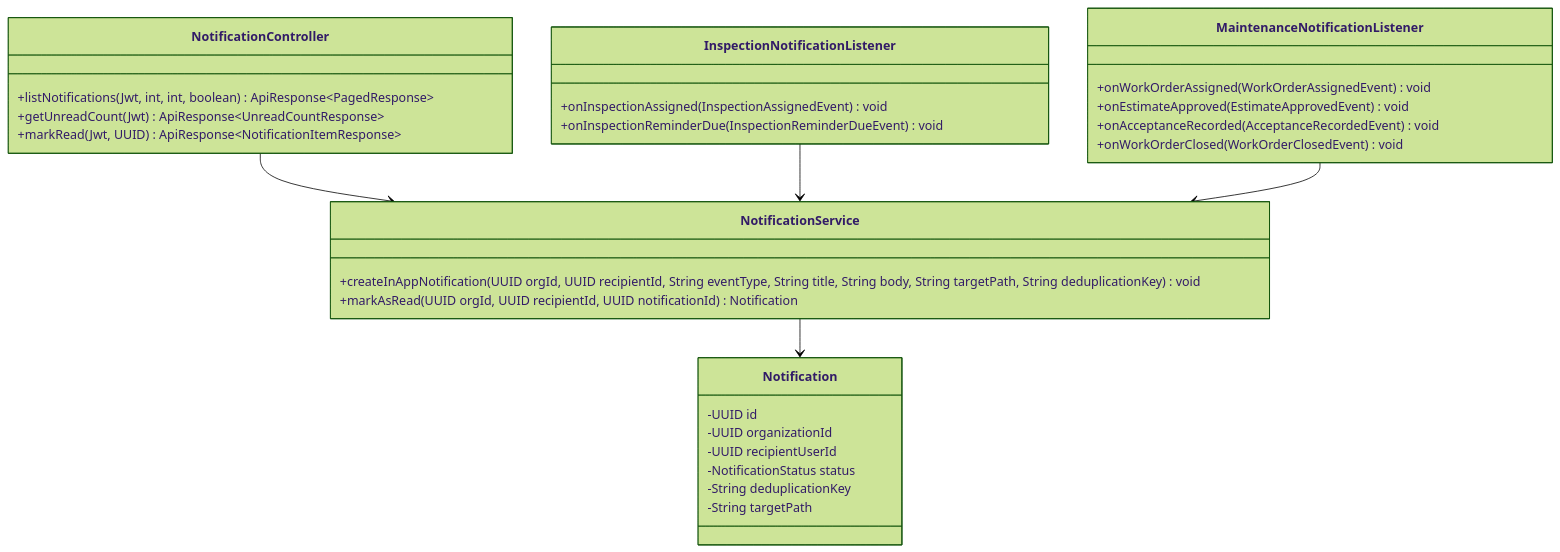
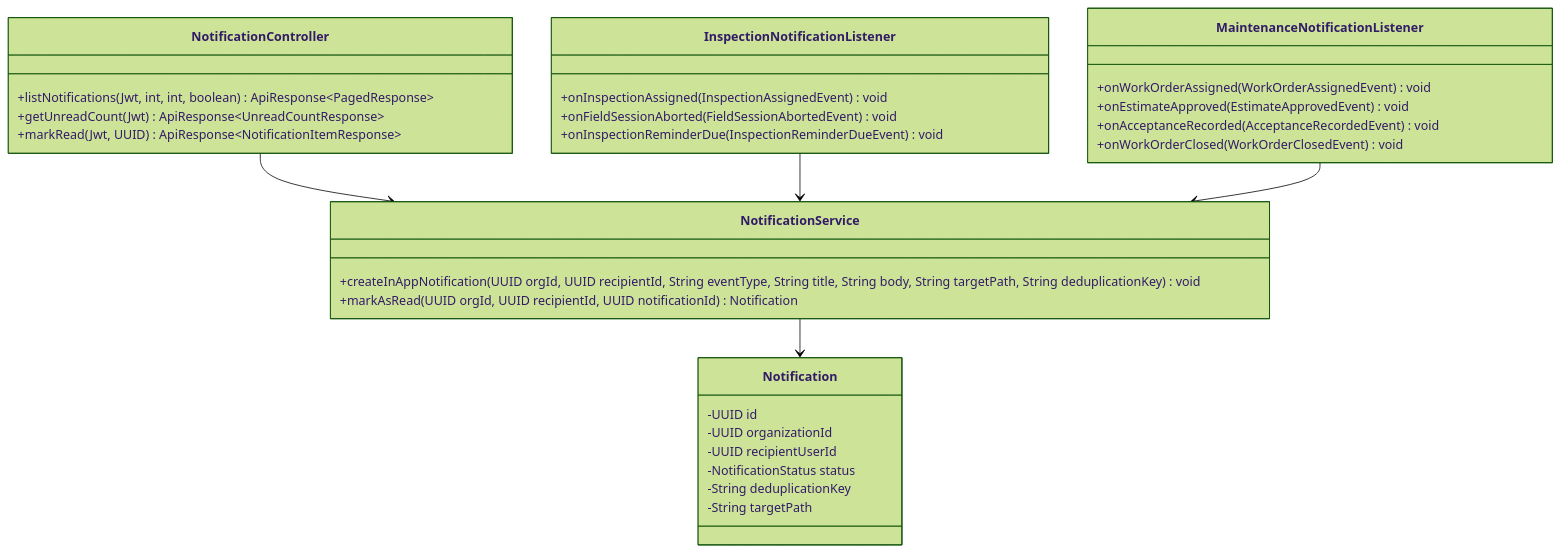
Before and after one commit to tungbach12/SmartDroneInspection-Docs: the seventh of 23 diagrams in reports/report-4-software-design-document/03-detailed-design.md, drawn with Mermaid (forest theme). The commit also changed other lines of this file and 245 other files, not shown here.

First line of the commit message:
docs(reports): synchronize all reports, diagrams, and test sheets to 5-role 8-feature baseline

````diff
--- a/reports/report-4-software-design-document/03-detailed-design.md
+++ b/reports/report-4-software-design-document/03-detailed-design.md
@@ -285,35 +289,36 @@
 ```mermaid
 %% title: Notification Inbox and Event Listeners Class Diagram
 classDiagram
   class NotificationController {
     +listNotifications(Jwt, int, int, boolean) ApiResponse~PagedResponse~
     +getUnreadCount(Jwt) ApiResponse~UnreadCountResponse~
     +markRead(Jwt, UUID) ApiResponse~NotificationItemResponse~
   }
   class NotificationService {
     +createInAppNotification(UUID orgId, UUID recipientId, String eventType, String title, String body, String targetPath, String deduplicationKey) void
     +markAsRead(UUID orgId, UUID recipientId, UUID notificationId) Notification
   }
   class InspectionNotificationListener {
     +onInspectionAssigned(InspectionAssignedEvent) void
+    +onFieldSessionAborted(FieldSessionAbortedEvent) void
     +onInspectionReminderDue(InspectionReminderDueEvent) void
   }
   class MaintenanceNotificationListener {
     +onWorkOrderAssigned(WorkOrderAssignedEvent) void
     +onEstimateApproved(EstimateApprovedEvent) void
     +onAcceptanceRecorded(AcceptanceRecordedEvent) void
     +onWorkOrderClosed(WorkOrderClosedEvent) void
   }
   class Notification {
     -UUID id
     -UUID organizationId
     -UUID recipientUserId
     -NotificationStatus status
     -String deduplicationKey
     -String targetPath
   }
   NotificationController --> NotificationService
   InspectionNotificationListener --> NotificationService
   MaintenanceNotificationListener --> NotificationService
   NotificationService --> Notification
 ```
````
